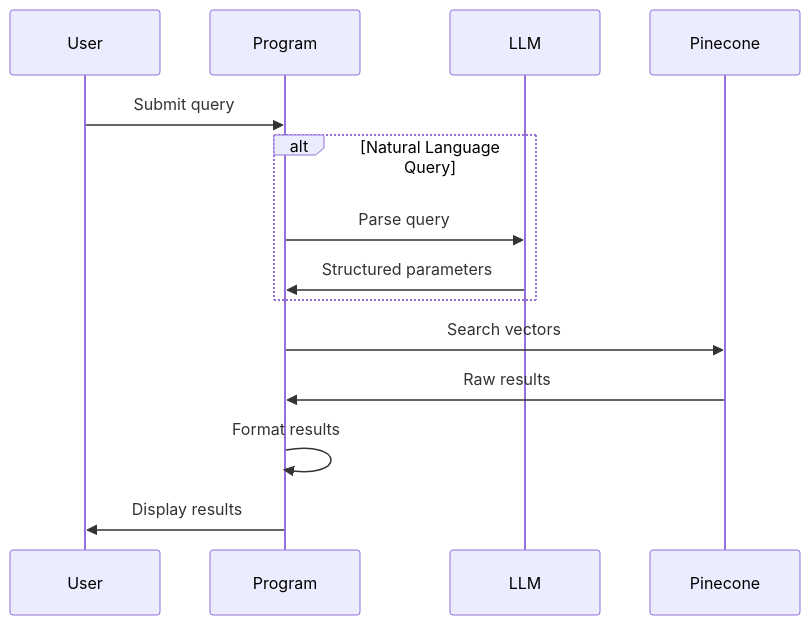
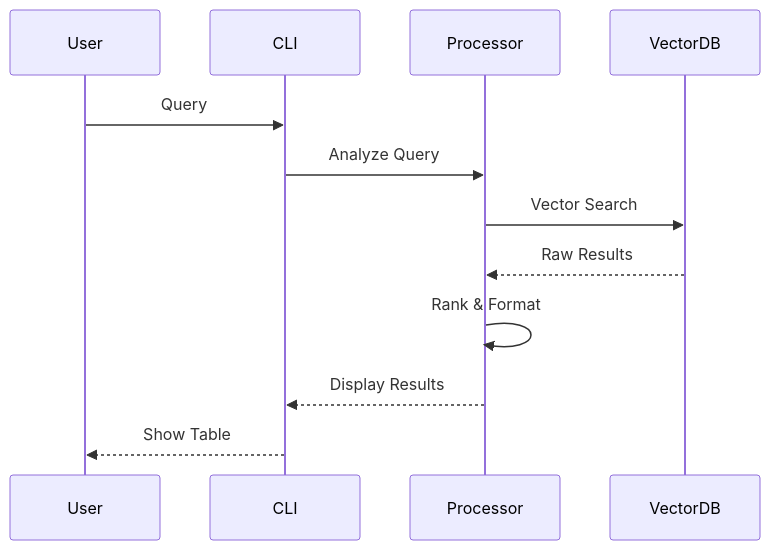
One commit to felipepimentel/plexure-api-search changed the fourth of 4 diagrams in README.md. Above: the diagram before and after it, drawn with Mermaid. The commit also changed other lines of this file and 3 other files, not shown here.

````diff
--- a/README.md
+++ b/README.md
@@ -51,17 +155,15 @@
 ```mermaid
 sequenceDiagram
     participant User
-    participant Program
-    participant LLM
-    participant Pinecone
+    participant CLI
+    participant Processor
+    participant VectorDB
     
-    User->>Program: Submit query
-    alt Natural Language Query
-        Program->>LLM: Parse query
-        LLM->>Program: Structured parameters
-    end
-    Program->>Pinecone: Search vectors
-    Pinecone->>Program: Raw results
-    Program->>Program: Format results
-    Program->>User: Display results
+    User->>CLI: Query
+    CLI->>Processor: Analyze Query
+    Processor->>VectorDB: Vector Search
+    VectorDB-->>Processor: Raw Results
+    Processor->>Processor: Rank & Format
+    Processor-->>CLI: Display Results
+    CLI-->>User: Show Table
 ```
````
